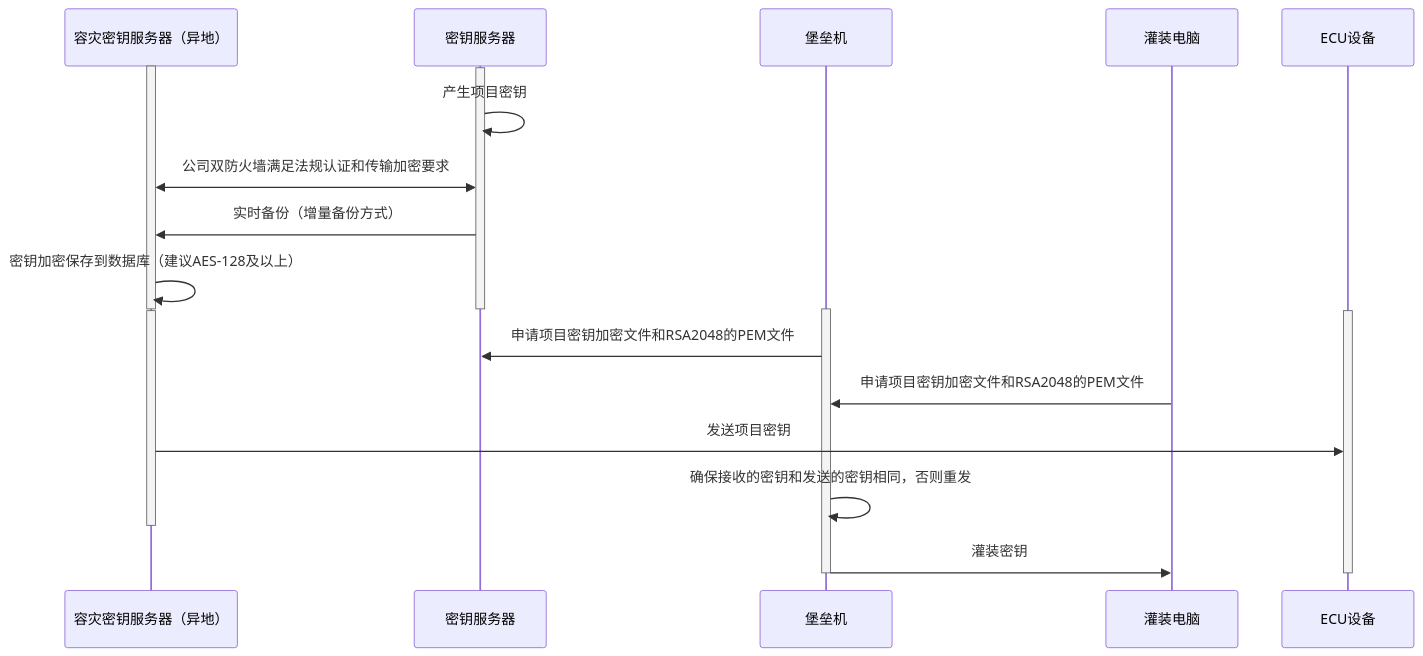
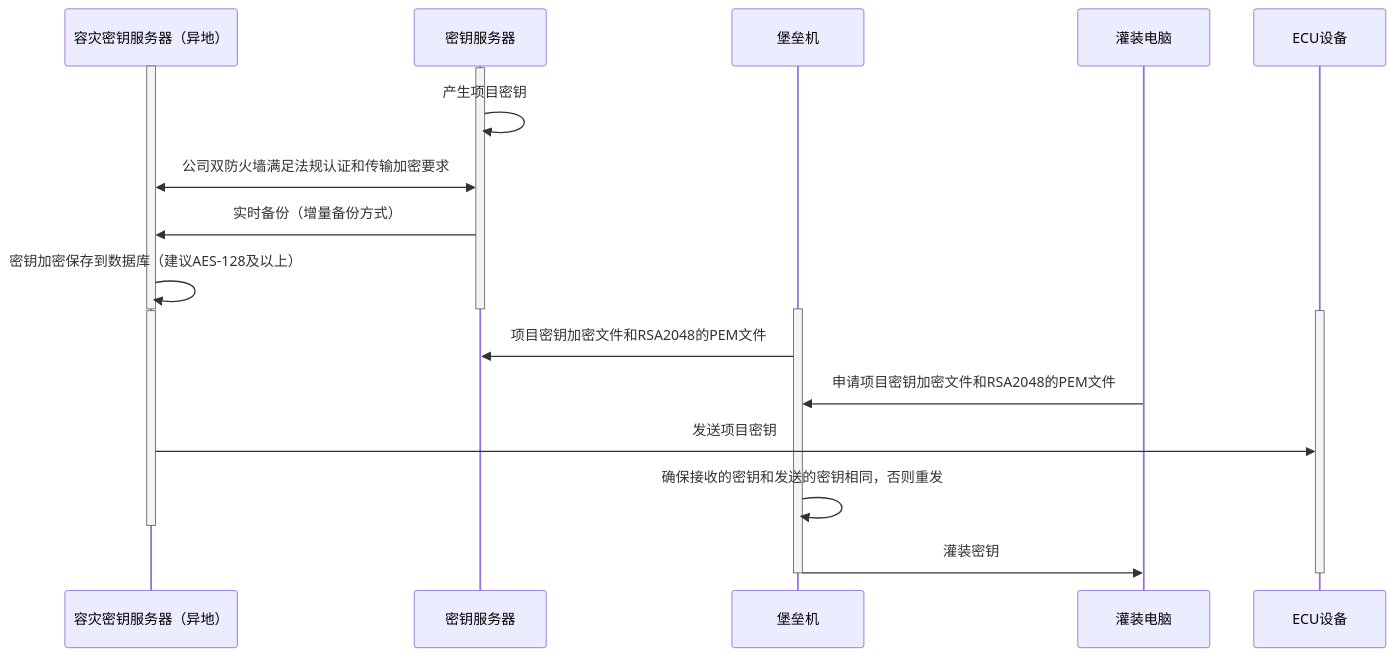
Before and after one commit to facebook-cloud/iodraw-files: the diagram in all/未命名-15.md, drawn with Mermaid.

Commit message:
2026-02-07 10:11:26 update

````diff
--- a/all/未命名-15.md
+++ b/all/未命名-15.md
@@ -1,32 +1,32 @@
 ```mermaid
 sequenceDiagram
     participant A as 容灾密钥服务器（异地）
     participant B as 密钥服务器
     participant C as 堡垒机
     participant D as 灌装电脑
     participant E as ECU设备
 
     activate A
     activate B
     B->>B: 产生项目密钥
     A<<->>B: 公司双防火墙满足法规认证和传输加密要求
     B->>A: 实时备份（增量备份方式）
     A->>A: 密钥加密保存到数据库（建议AES-128及以上）
     deactivate B
     deactivate A
 
     activate C
     activate A
     activate E
 
-    C->>B: 申请项目密钥加密文件和RSA2048的PEM文件
+    C->>B: 项目密钥加密文件和RSA2048的PEM文件
     D->>C: 申请项目密钥加密文件和RSA2048的PEM文件
     A->>E: 发送项目密钥
 
     C->>C: 确保接收的密钥和发送的密钥相同，否则重发
     deactivate A
     C->>D: 灌装密钥
     deactivate C
     deactivate E
 
 ```
````
